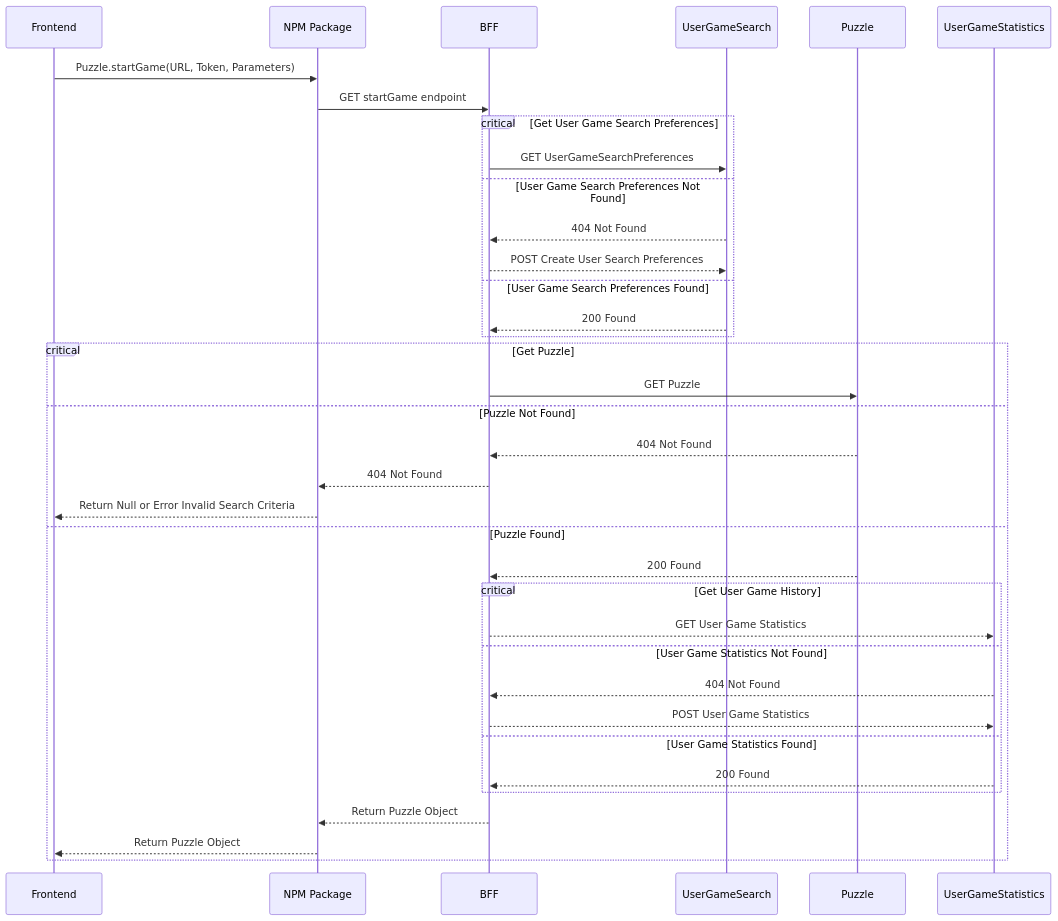
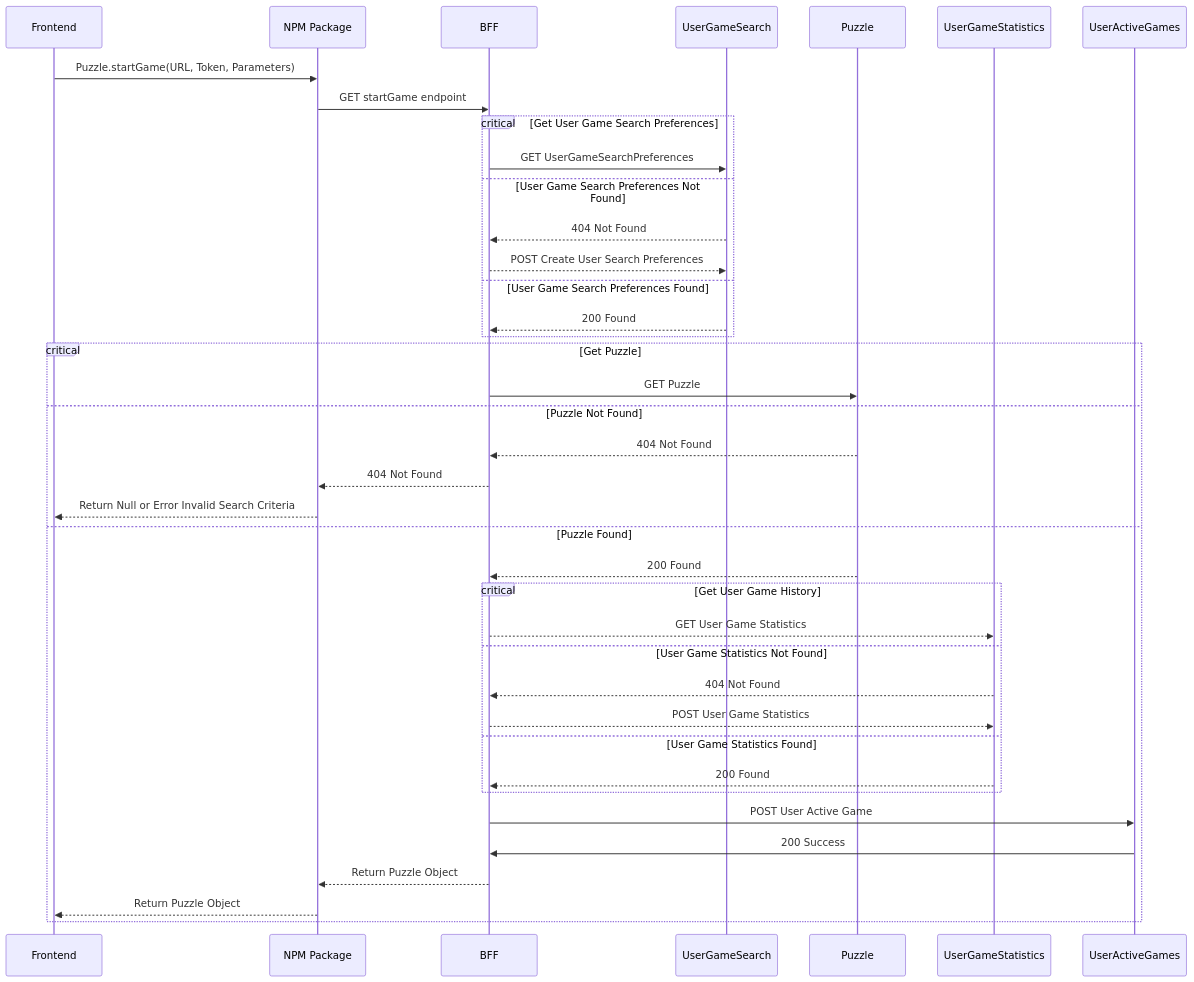
One commit to Sudokuru/Puzzle changed the first of 4 diagrams in Documentation/Diagrams/SequenceDiagram.md. Above: the diagram before and after it, drawn with Mermaid. The commit also changed other lines of this file, not shown here.

Commit message:
Updating saveGameFlow

````diff
--- a/Documentation/Diagrams/SequenceDiagram.md
+++ b/Documentation/Diagrams/SequenceDiagram.md
@@ -6,42 +6,45 @@
 ```mermaid
 sequenceDiagram
     participant Frontend
     participant NPM Package
     participant BFF
     participant UserGameSearch
     participant Puzzle
     participant UserGameStatistics
+    participant UserActiveGames
     
     #Start Game
     Frontend->>NPM Package: Puzzle.startGame(URL, Token, Parameters)
     NPM Package->>BFF: GET startGame endpoint
 
     critical Get User Game Search Preferences
         BFF->>UserGameSearch: GET UserGameSearchPreferences
     option User Game Search Preferences Not Found
         UserGameSearch-->>BFF: 404 Not Found
         BFF-->>UserGameSearch: POST Create User Search Preferences
     option User Game Search Preferences Found
         UserGameSearch-->>BFF: 200 Found
     end
 
     critical Get Puzzle
         BFF->>Puzzle: GET Puzzle
     option Puzzle Not Found
         Puzzle-->>BFF: 404 Not Found
         BFF-->>NPM Package: 404 Not Found
         NPM Package-->>Frontend: Return Null or Error Invalid Search Criteria
     option Puzzle Found
         Puzzle-->>BFF: 200 Found
         critical Get User Game History
             BFF-->>UserGameStatistics: GET User Game Statistics
         option User Game Statistics Not Found
             UserGameStatistics-->>BFF: 404 Not Found
             BFF-->>UserGameStatistics: POST User Game Statistics
         option User Game Statistics Found
             UserGameStatistics-->>BFF: 200 Found
         end
+        BFF->>UserActiveGames: POST User Active Game
+        UserActiveGames->>BFF: 200 Success
         BFF-->>NPM Package: Return Puzzle Object
         NPM Package-->>Frontend: Return Puzzle Object
     end
 ```
````
